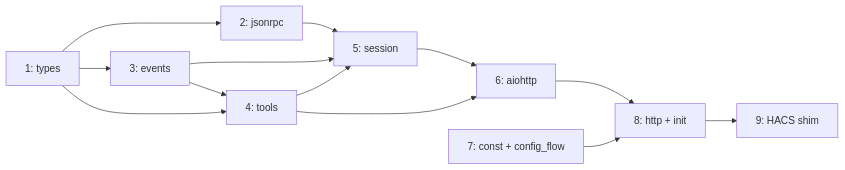
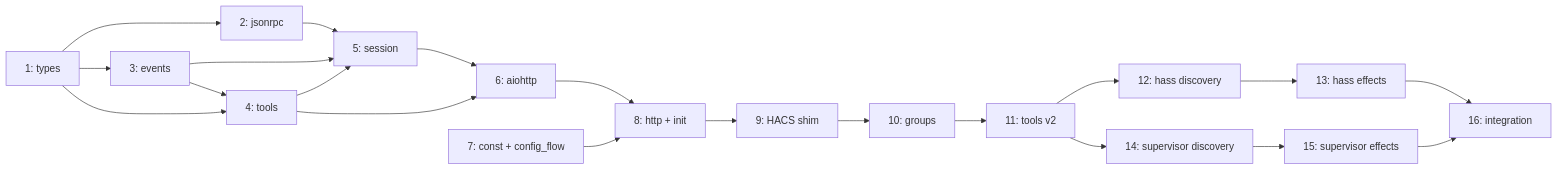
Before and after one commit to altendky/hamster: the first of 3 diagrams in docs/src/project/implementation-plan.md, drawn with Mermaid. The commit also changed other lines of this file and 28 other files, not shown here.

First line of the commit message:
feat: implement multi-source architecture (stages 10-16)

````diff
--- a/docs/src/project/implementation-plan.md
+++ b/docs/src/project/implementation-plan.md
@@ -24,15 +32,23 @@
 ```mermaid
 flowchart LR
     S1["1: types"] --> S2["2: jsonrpc"]
     S1 --> S3["3: events"]
     S2 --> S5["5: session"]
     S3 --> S5
     S1 --> S4["4: tools"]
     S3 --> S4
     S4 --> S5
     S5 --> S6["6: aiohttp"]
     S4 --> S6
     S6 --> S8["8: http + init"]
     S7["7: const + config_flow"] --> S8
     S8 --> S9["9: HACS shim"]
+    S9 --> S10["10: groups"]
+    S10 --> S11["11: tools v2"]
+    S11 --> S12["12: hass discovery"]
+    S12 --> S13["13: hass effects"]
+    S11 --> S14["14: supervisor discovery"]
+    S14 --> S15["15: supervisor effects"]
+    S13 --> S16["16: integration"]
+    S15 --> S16
 ```
````
